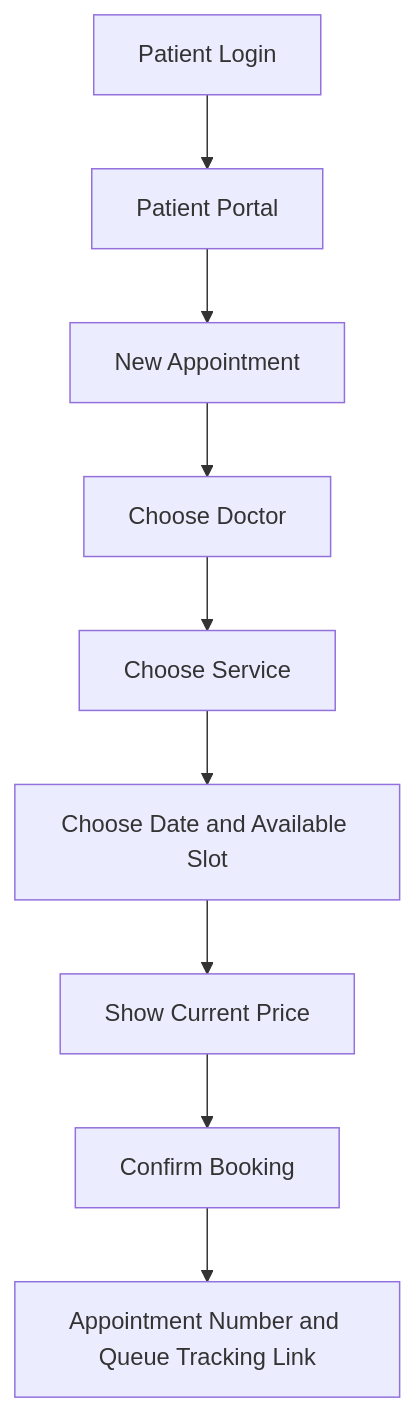
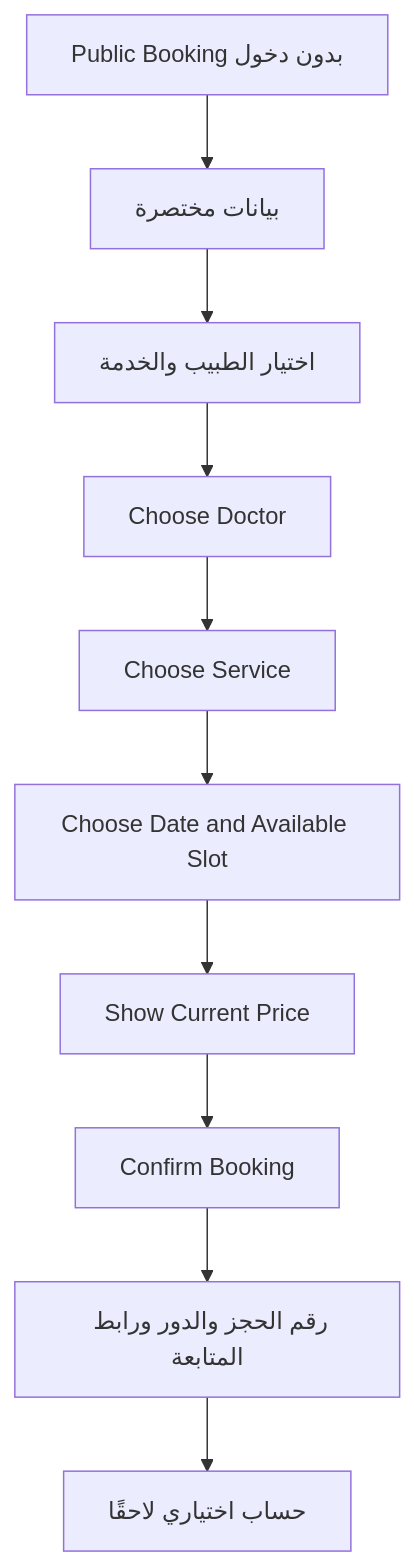
The eighth of 12 diagrams in README.md (AhmedSalem104/Clinic), drawn with Mermaid before and after one commit. The commit also changed other lines of this file and 43 other files, not shown here.

Commit message:
feat: add public patient booking and Arabic clinic UI

````diff
--- a/README.md
+++ b/README.md
@@ -327,11 +364,12 @@
 ```mermaid
 flowchart TD
-  A[Patient Login] --> B[Patient Portal]
-  B --> C[New Appointment]
+  A[Public Booking بدون دخول] --> B[بيانات مختصرة]
+  B --> C[اختيار الطبيب والخدمة]
   C --> D[Choose Doctor]
   D --> E[Choose Service]
   E --> F[Choose Date and Available Slot]
   F --> G[Show Current Price]
   G --> H[Confirm Booking]
-  H --> I[Appointment Number and Queue Tracking Link]
+  H --> I[رقم الحجز والدور ورابط المتابعة]
+  I --> J[حساب اختياري لاحقًا]
 ```
````
